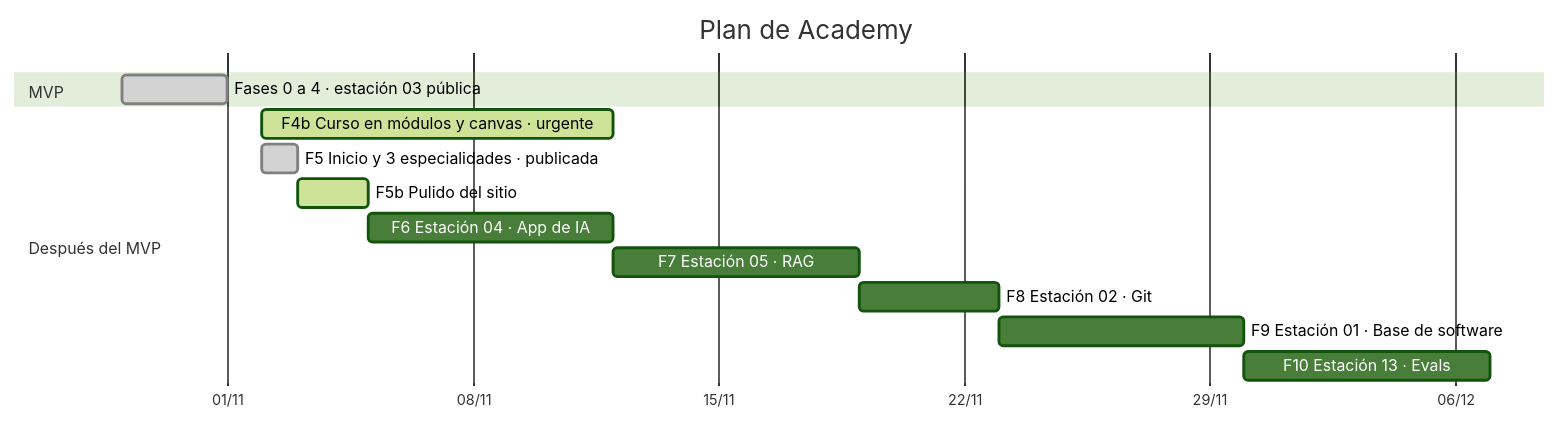
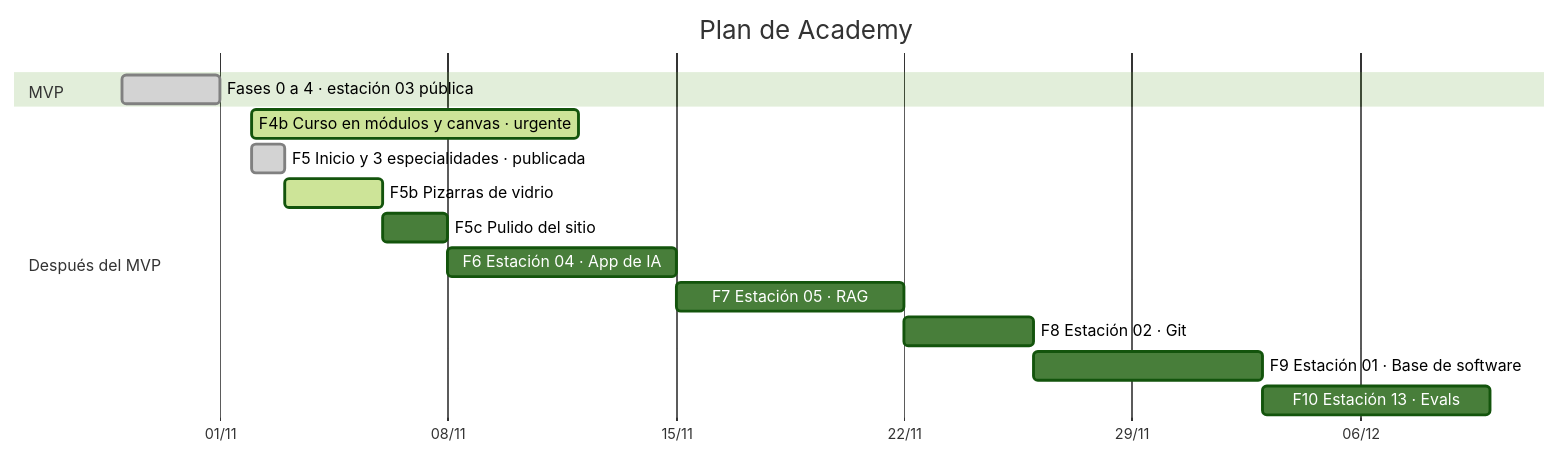
The diagram in AVANCE.md (francoSW99/Academy), drawn with Mermaid (forest theme) before and after one commit. The commit also changed other lines of this file and 11 other files, not shown here.

First line of the commit message:
Fase 5b: propuesta de pizarras de vidrio en el borrador (pedido 55)

````diff
--- a/AVANCE.md
+++ b/AVANCE.md
@@ -59,17 +63,18 @@
 ```mermaid
 gantt
     title Plan de Academy
     dateFormat YYYY-MM-DD
     axisFormat %d/%m
     section MVP
     Fases 0 a 4 · estación 03 pública :done, mvp, 2026-10-29, 2026-11-01
     section Después del MVP
     F4b Curso en módulos y canvas · urgente :active, f4b, 2026-11-02, 10d
     F5 Inicio y 3 especialidades · publicada :done, f5, 2026-11-02, 1d
-    F5b Pulido del sitio :active, f5b, after f5, 2d
-    F6 Estación 04 · App de IA :f6, after f5b, 7d
+    F5b Pizarras de vidrio :active, f5b, after f5, 3d
+    F5c Pulido del sitio :f5c, after f5b, 2d
+    F6 Estación 04 · App de IA :f6, after f5c, 7d
     F7 Estación 05 · RAG :f7, after f6, 7d
     F8 Estación 02 · Git :f8, after f7, 4d
     F9 Estación 01 · Base de software :f9, after f8, 7d
     F10 Estación 13 · Evals :f10, after f9, 7d
 ```
````
